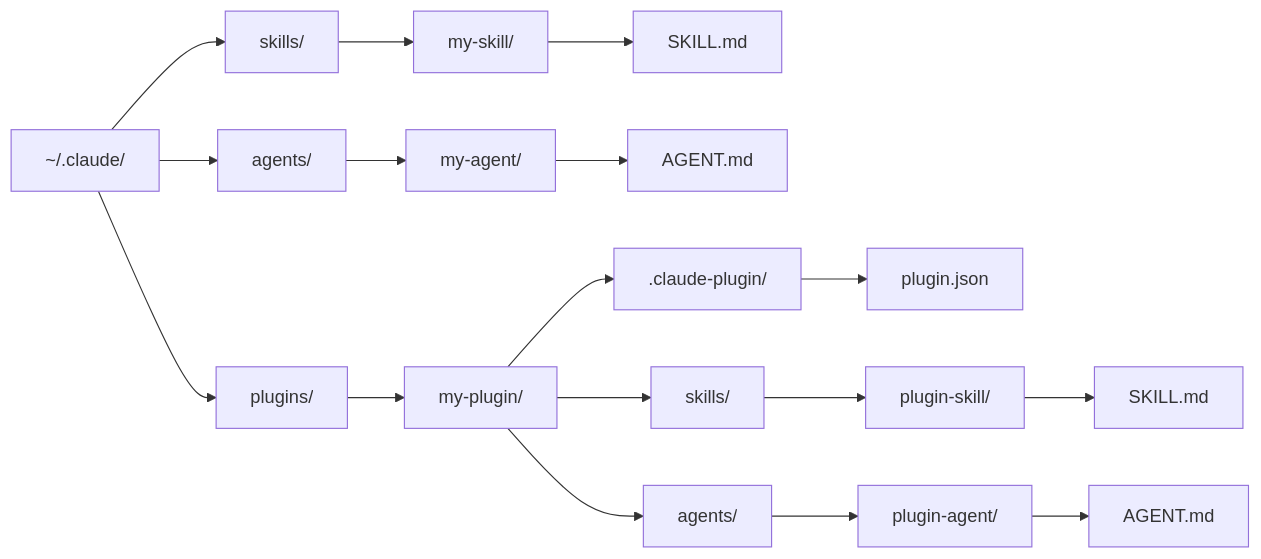
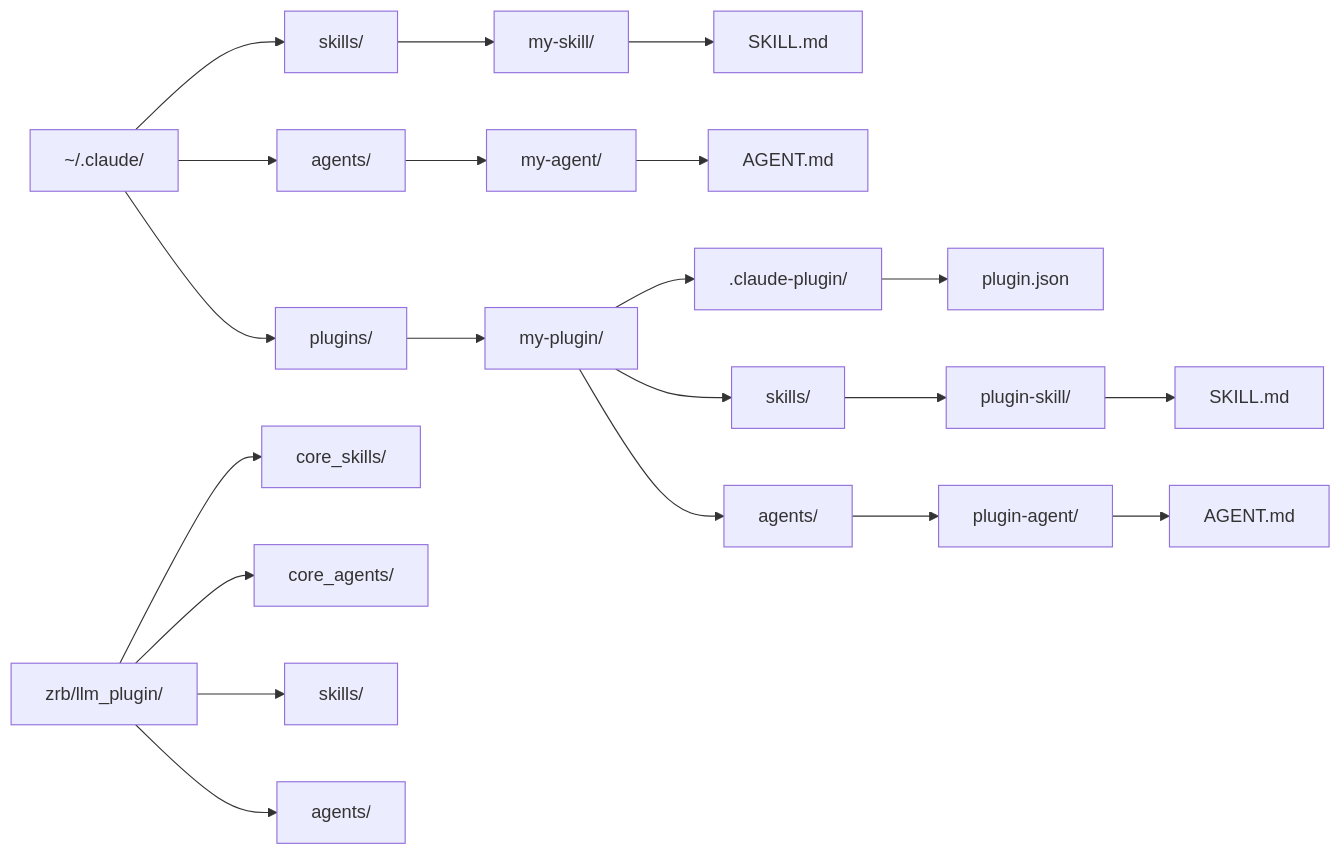
Before and after one commit to state-alchemists/zrb: the second of 2 diagrams in docs/configuration/llm-config.md, drawn with Mermaid. The commit also changed other lines of this file and 10 other files, not shown here.

````diff
--- a/docs/configuration/llm-config.md
+++ b/docs/configuration/llm-config.md
@@ -563,12 +564,16 @@
 ```mermaid
 flowchart LR
     Root["~/.claude/"] --> Skills["skills/"]
     Root --> Agents["agents/"]
     Root --> Plugins["plugins/"]
+    Builtin["zrb/llm_plugin/"] --> CoreSkills["core_skills/"]
+    Builtin --> CoreAgents["core_agents/"]
+    Builtin --> OptionalSkills["skills/"]
+    Builtin --> OptionalAgents["agents/"]
     Skills --> S1["my-skill/"] --> S1F["SKILL.md"]
     Agents --> A1["my-agent/"] --> A1F["AGENT.md"]
     Plugins --> P1["my-plugin/"]
     P1 --> Meta[".claude-plugin/"] --> MetaF["plugin.json"]
     P1 --> PS["skills/"] --> PS1["plugin-skill/"] --> PS1F["SKILL.md"]
     P1 --> PA["agents/"] --> PA1["plugin-agent/"] --> PA1F["AGENT.md"]
 ```
````
